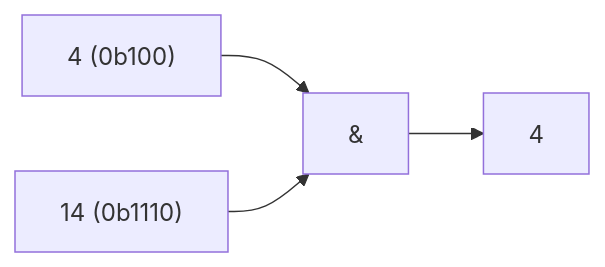
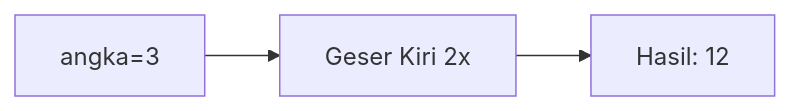
Diagram 11 of 25 in part-c-pemahaman-cpp/06-bitwise/latihan/set-02.md (amnahwaida/OSNK_INF_PREP), drawn with Mermaid before and after one commit. The commit also changed other lines of this file and 71 other files, not shown here.

````diff
--- a/part-c-pemahaman-cpp/06-bitwise/latihan/set-02.md
+++ b/part-c-pemahaman-cpp/06-bitwise/latihan/set-02.md
@@ -289,6 +292,5 @@
 ```mermaid
 graph LR
-A["4 (0b100)"] --> C["&"]
-B["14 (0b1110)"] --> C
-C --> D["4"]
+A["angka=3"] --> B["Geser Kiri 2x"]
+B --> C["Hasil: 12"]
 ```
````
